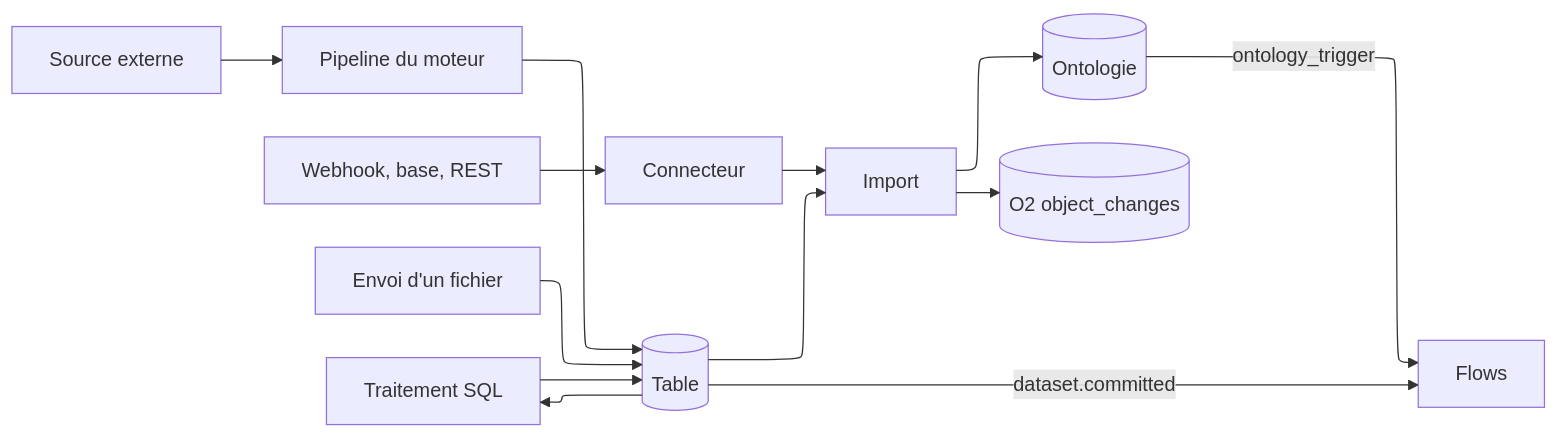
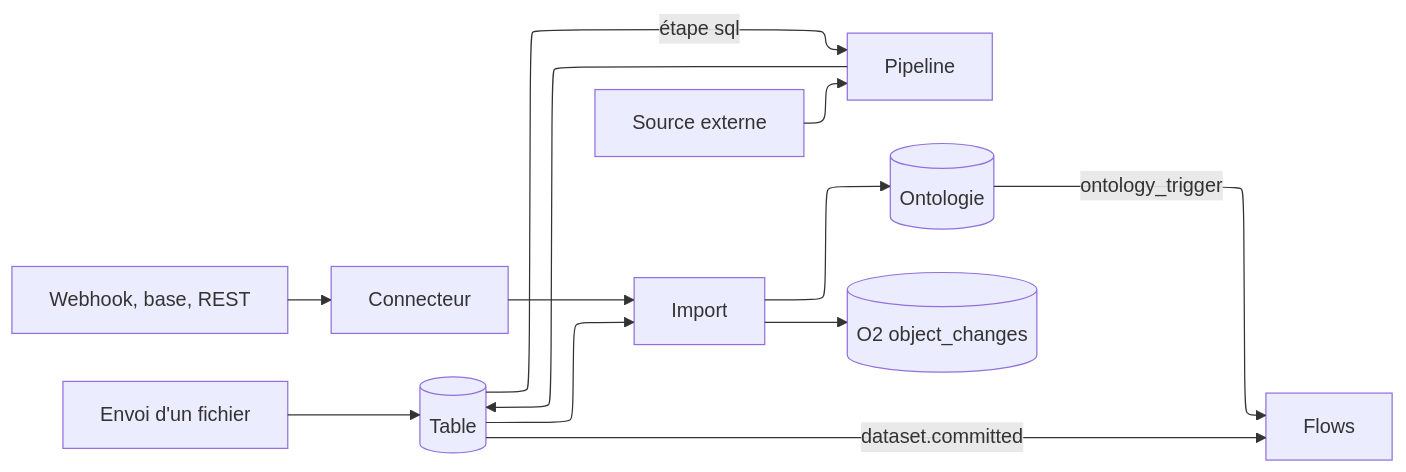
The second of 19 diagrams in docs/architecture/pipelines.md (Pnex/pnex-rs), drawn with Mermaid before and after one commit. The commit also changed other lines of this file and 35 other files, not shown here.

````diff
--- a/docs/architecture/pipelines.md
+++ b/docs/architecture/pipelines.md
@@ -49,19 +49,18 @@
 ```mermaid
 ---
 config:
   layout: elk
 ---
 flowchart LR
-  src[Source externe] --> eng[Pipeline du moteur]
+  src[Source externe] --> eng[Pipeline]
   hook[Webhook, base, REST] --> con[Connecteur]
   up[Envoi d'un fichier] --> tab
   eng --> tab[(Table)]
   con --> imp[Import]
-  tab --> trf[Traitement SQL]
-  trf --> tab
+  tab -->|étape sql| eng
   tab --> imp
   imp --> ont[(Ontologie)]
   imp --> o2[(O2 object_changes)]
   tab -->|dataset.committed| fl[Flows]
   ont -->|ontology_trigger| fl
 ```
````
